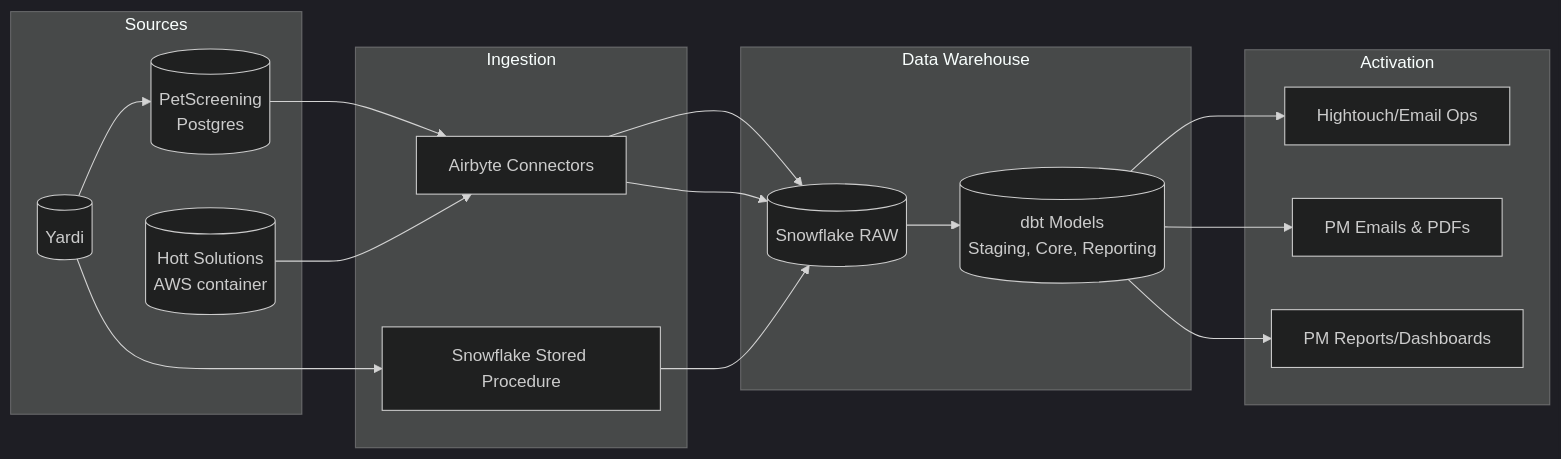
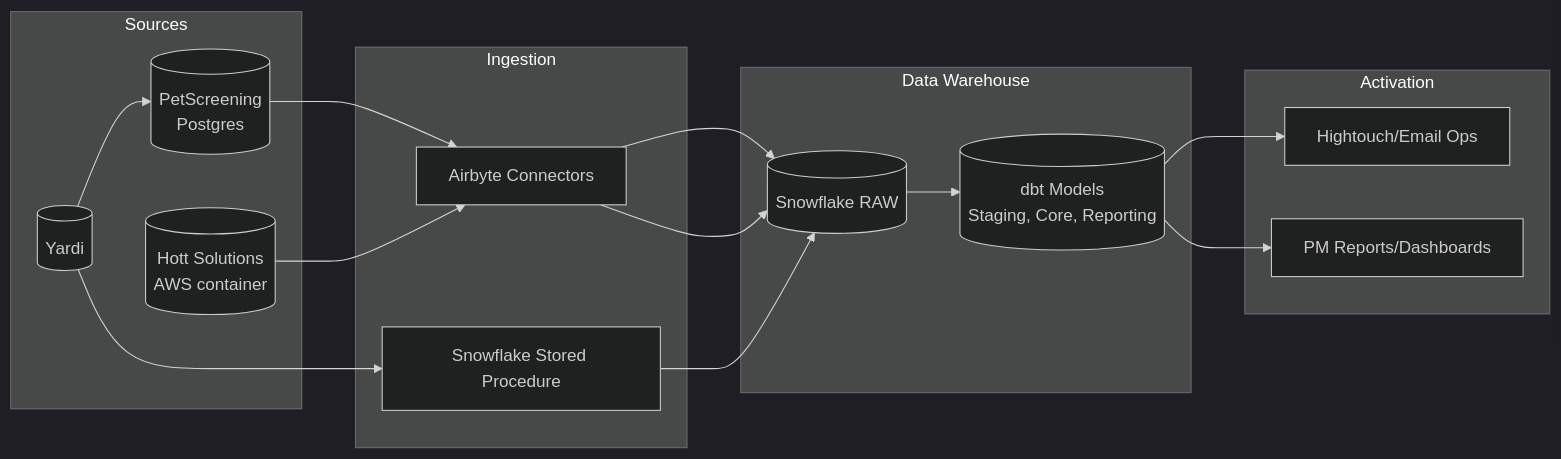
Before and after one commit to eduardosps/yardi_summary: the first of 5 diagrams in Yardi_Integration_Overview.md, drawn with Mermaid (dark theme). The commit also changed other lines of this file, not shown here.

````diff
--- a/Yardi_Integration_Overview.md
+++ b/Yardi_Integration_Overview.md
@@ -32,37 +31,35 @@
 ```mermaid
 flowchart LR
   subgraph Sources
     PG[(PetScreening
 Postgres)]
     HOT[(Hott Solutions
 AWS container)]
     YAPI[(Yardi)]
   end
 
   subgraph Ingestion
     AB[Airbyte Connectors]
     SP[Snowflake Stored Procedure]
   end
 
   subgraph Data Warehouse
     RAW[(Snowflake RAW)]
     STG[(dbt Models
 Staging, Core, Reporting)]
   end
 
   subgraph Activation
     HT[Hightouch/Email Ops]
-    PMEM[PM Emails & PDFs]
     RPT[PM Reports/Dashboards]
   end
 
   YAPI --> PG
   
   PG --> AB --> RAW
   HOT --> AB --> RAW
   YAPI --> SP --> RAW
 
   RAW --> STG --> HT
-  STG --> PMEM
   STG --> RPT
 ```
````
